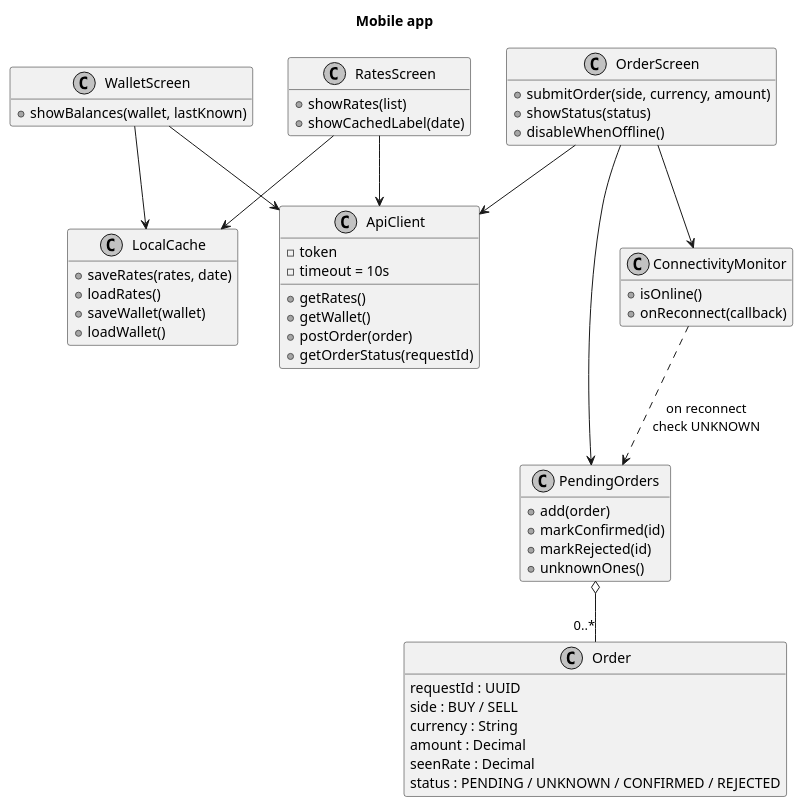
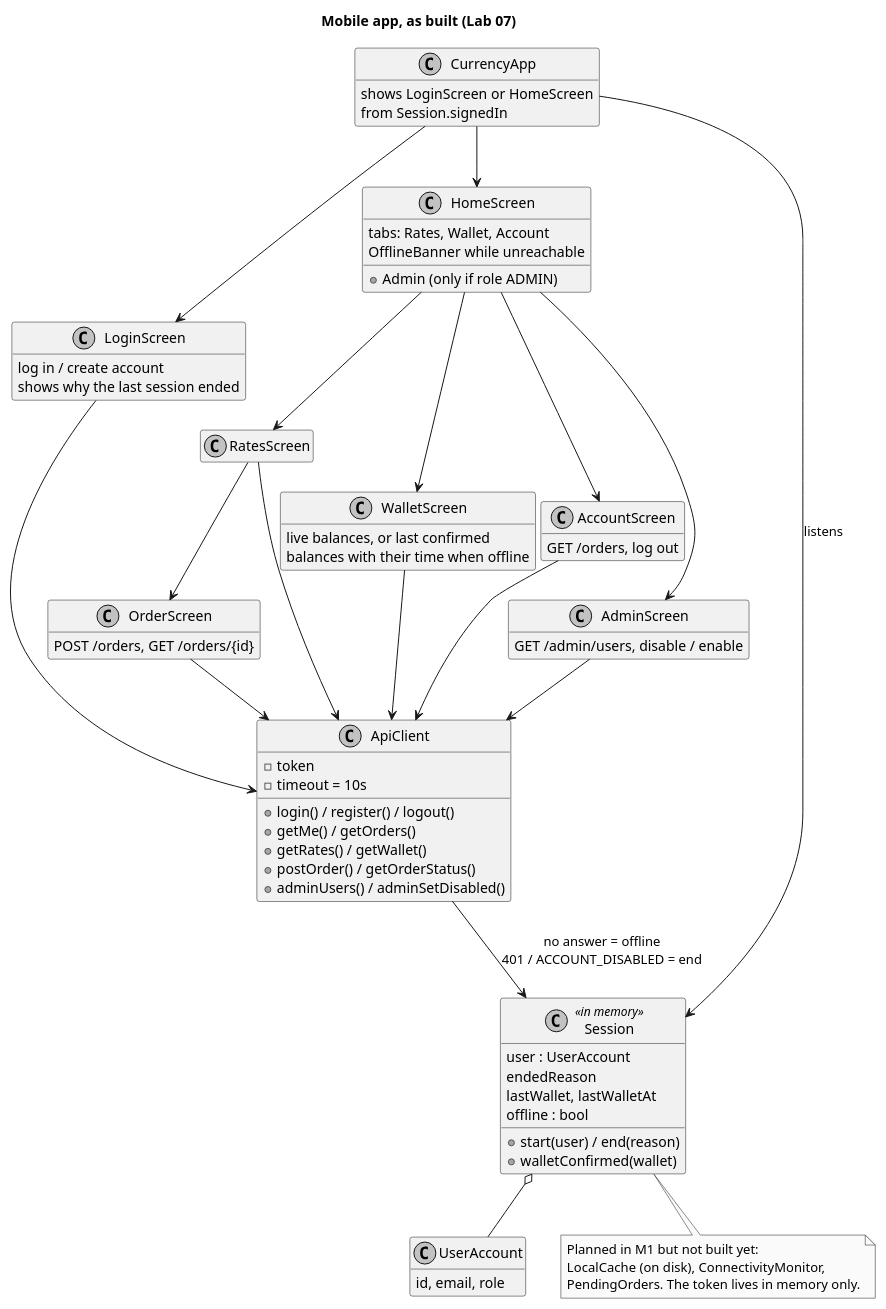
Before and after one commit to olezhakashz/currency-exchange: the diagram in docs/diagrams/classes-mobile.puml, drawn with PlantUML. The commit also changed 30 other files, not shown here.

Commit message:
Lab 07: access rules, evidence, updated models and lab log

```diff
--- a/docs/diagrams/classes-mobile.puml
+++ b/docs/diagrams/classes-mobile.puml
@@ -1,61 +1,76 @@
 @startuml classes-mobile
 skinparam monochrome true
 skinparam shadowing false
 hide empty members
-title Mobile app
+title Mobile app, as built (Lab 07)
 
-class RatesScreen {
-  +showRates(list)
-  +showCachedLabel(date)
+class CurrencyApp {
+  shows LoginScreen or HomeScreen
+  from Session.signedIn
 }
+class LoginScreen {
+  log in / create account
+  shows why the last session ended
+}
+class HomeScreen {
+  tabs: Rates, Wallet, Account
+  + Admin (only if role ADMIN)
+  OfflineBanner while unreachable
+}
+class RatesScreen
 class WalletScreen {
-  +showBalances(wallet, lastKnown)
+  live balances, or last confirmed
+  balances with their time when offline
 }
 class OrderScreen {
-  +submitOrder(side, currency, amount)
-  +showStatus(status)
-  +disableWhenOffline()
+  POST /orders, GET /orders/{id}
+}
+class AccountScreen {
+  GET /orders, log out
+}
+class AdminScreen {
+  GET /admin/users, disable / enable
 }
 class ApiClient {
   -token
   -timeout = 10s
-  +getRates()
-  +getWallet()
-  +postOrder(order)
-  +getOrderStatus(requestId)
+  +login() / register() / logout()
+  +getMe() / getOrders()
+  +getRates() / getWallet()
+  +postOrder() / getOrderStatus()
+  +adminUsers() / adminSetDisabled()
 }
-class LocalCache {
-  +saveRates(rates, date)
-  +loadRates()
-  +saveWallet(wallet)
-  +loadWallet()
+class Session <<in memory>> {
+  user : UserAccount
+  endedReason
+  lastWallet, lastWalletAt
+  offline : bool
+  +start(user) / end(reason)
+  +walletConfirmed(wallet)
 }
-class ConnectivityMonitor {
-  +isOnline()
-  +onReconnect(callback)
-}
-class PendingOrders {
-  +add(order)
-  +markConfirmed(id)
-  +markRejected(id)
-  +unknownOnes()
-}
-class Order {
-  requestId : UUID
-  side : BUY / SELL
-  currency : String
-  amount : Decimal
-  seenRate : Decimal
-  status : PENDING / UNKNOWN / CONFIRMED / REJECTED
+class UserAccount {
+  id, email, role
 }
 
+CurrencyApp --> Session : listens
+CurrencyApp --> LoginScreen
+CurrencyApp --> HomeScreen
+HomeScreen --> RatesScreen
+HomeScreen --> WalletScreen
+HomeScreen --> AccountScreen
+HomeScreen --> AdminScreen
+RatesScreen --> OrderScreen
+LoginScreen --> ApiClient
 RatesScreen --> ApiClient
-RatesScreen --> LocalCache
 WalletScreen --> ApiClient
-WalletScreen --> LocalCache
 OrderScreen --> ApiClient
-OrderScreen --> ConnectivityMonitor
-OrderScreen --> PendingOrders
-PendingOrders o-- "0..*" Order
-ConnectivityMonitor ..> PendingOrders : on reconnect\ncheck UNKNOWN
+AccountScreen --> ApiClient
+AdminScreen --> ApiClient
+ApiClient --> Session : no answer = offline\n401 / ACCOUNT_DISABLED = end
+Session o-- UserAccount
+note bottom of Session
+  Planned in M1 but not built yet:
+  LocalCache (on disk), ConnectivityMonitor,
+  PendingOrders. The token lives in memory only.
+end note
 @enduml
```
